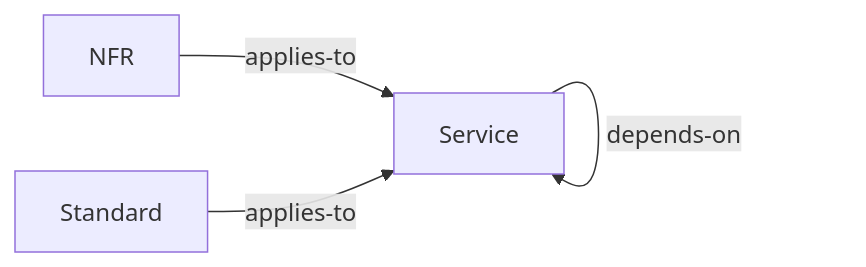
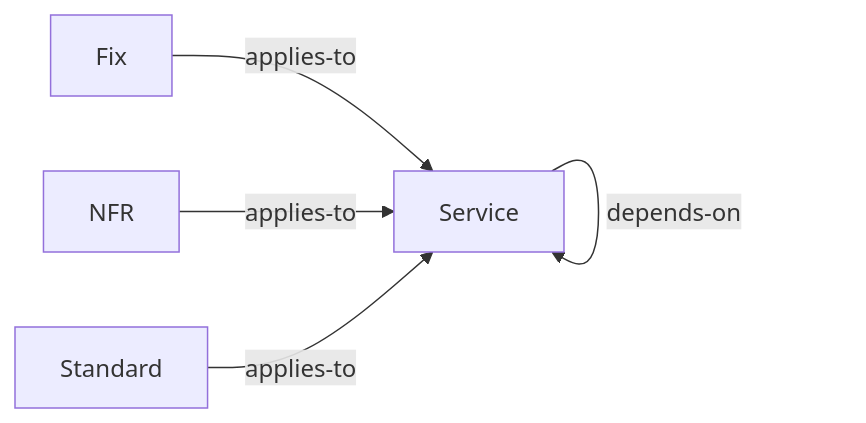
The diagram in examples/payments/knowledge-as-code/taxonomy.md (paul80nd/knowledge-as-code), drawn with Mermaid before and after one commit. The commit also changed other lines of this file and 25 other files, not shown here.

````diff
--- a/examples/payments/knowledge-as-code/taxonomy.md
+++ b/examples/payments/knowledge-as-code/taxonomy.md
@@ -64,9 +69,11 @@
 ```mermaid
 graph LR;
+  t_fixes[Fix];
   t_nfrs[NFR];
   t_services[Service];
   t_standards[Standard];
+  t_fixes -- applies-to --> t_services;
   t_nfrs -- applies-to --> t_services;
   t_services -- depends-on --> t_services;
   t_standards -- applies-to --> t_services;
 ```
````
